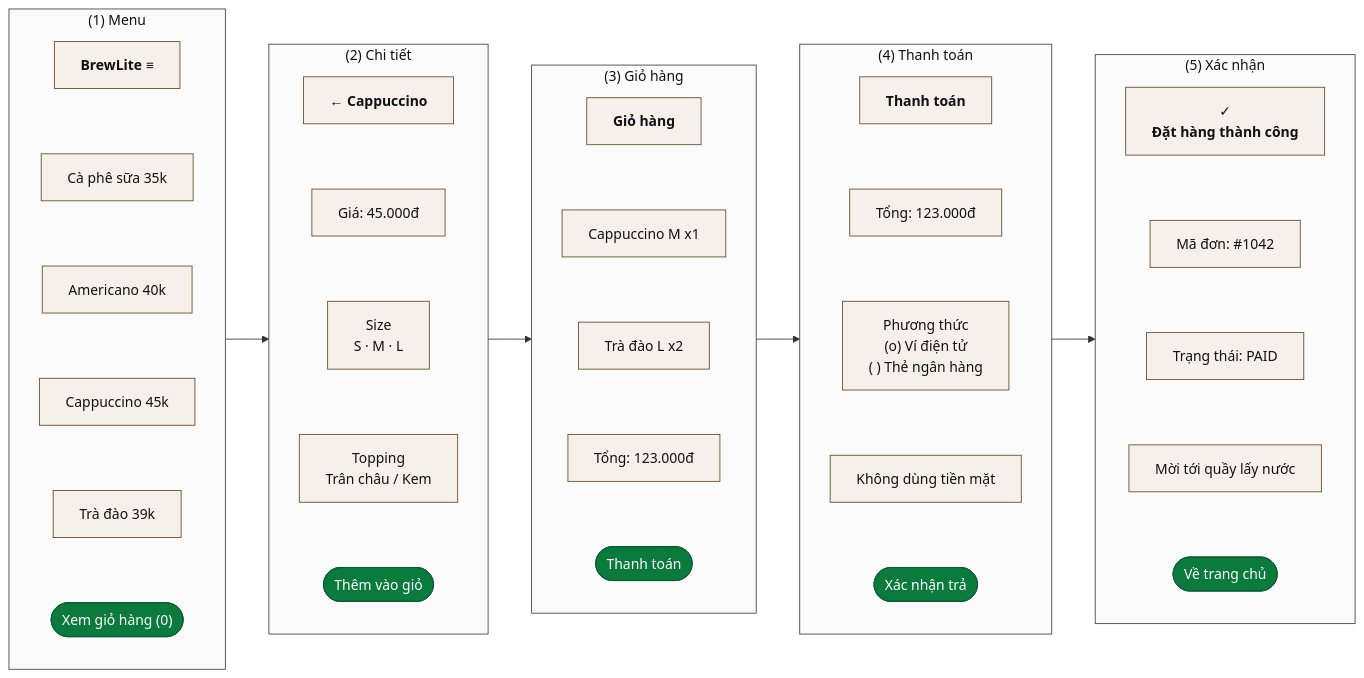
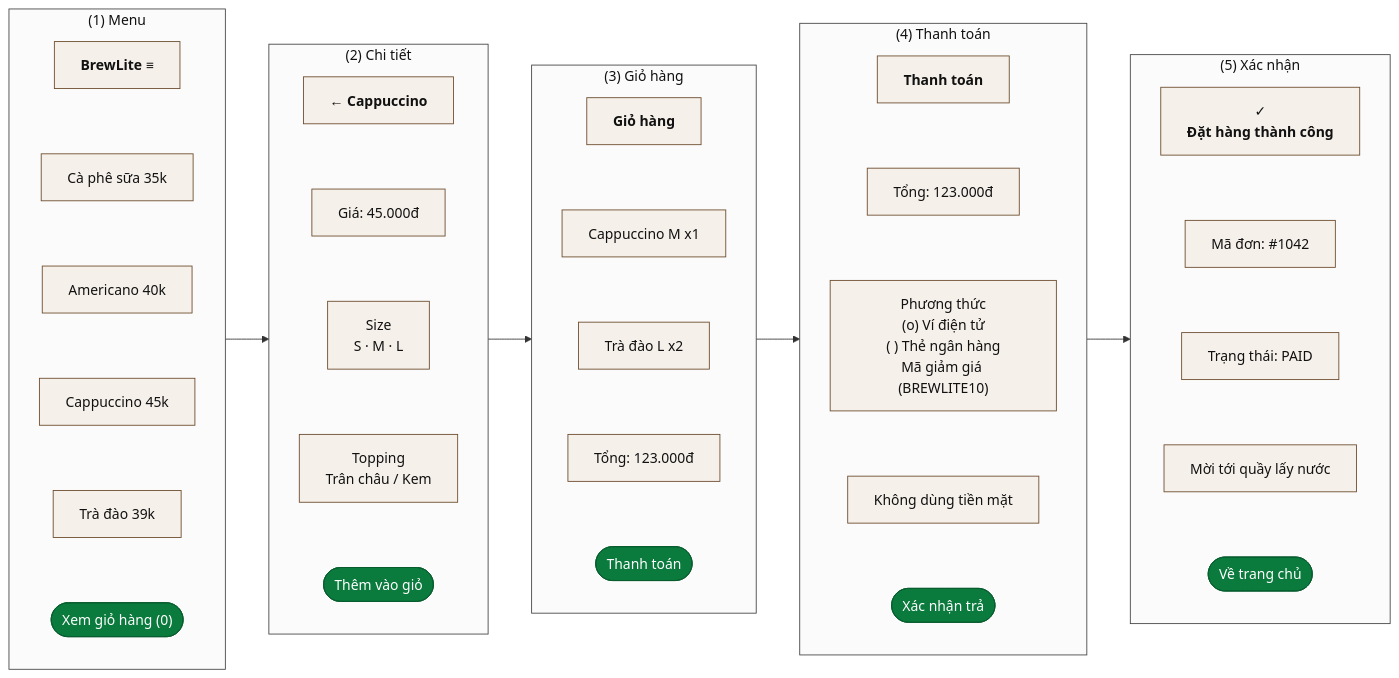
The fifth of 6 diagrams in docs/BrewLite-CongNghePhanMem-fixed.md (DuVinhLoi/BrewLite), drawn with Mermaid before and after one commit. The commit also changed 1 other file, not shown here.

Commit message:
docs: fill UC gaps register-detail-empty-delete-voucher

````diff
--- a/docs/BrewLite-CongNghePhanMem-fixed.md
+++ b/docs/BrewLite-CongNghePhanMem-fixed.md
@@ -234,31 +234,31 @@
 ```mermaid
 flowchart LR
     subgraph W1["(1) Menu"]
         direction TB
         a0["<b>BrewLite ≡</b>"] ~~~ a1["Cà phê sữa 35k"] ~~~ a2["Americano 40k"] ~~~ a3["Cappuccino 45k"] ~~~ a4["Trà đào 39k"] ~~~ a5(["Xem giỏ hàng (0)"])
     end
     subgraph W2["(2) Chi tiết"]
         direction TB
         b0["<b>← Cappuccino</b>"] ~~~ b1["Giá: 45.000đ"] ~~~ b2["Size<br>S · M · L"] ~~~ b3["Topping<br>Trân châu / Kem"] ~~~ b4(["Thêm vào giỏ"])
     end
     subgraph W3["(3) Giỏ hàng"]
         direction TB
         c0["<b>Giỏ hàng</b>"] ~~~ c1["Cappuccino M x1"] ~~~ c2["Trà đào L x2"] ~~~ c3["Tổng: 123.000đ"] ~~~ c4(["Thanh toán"])
     end
     subgraph W4["(4) Thanh toán"]
         direction TB
-        d0["<b>Thanh toán</b>"] ~~~ d1["Tổng: 123.000đ"] ~~~ d2["Phương thức<br>(o) Ví điện tử<br>( ) Thẻ ngân hàng"] ~~~ d3["Không dùng tiền mặt"] ~~~ d4(["Xác nhận trả"])
+        d0["<b>Thanh toán</b>"] ~~~ d1["Tổng: 123.000đ"] ~~~ d2["Phương thức<br>(o) Ví điện tử<br>( ) Thẻ ngân hàng<br>Mã giảm giá (BREWLITE10)"] ~~~ d3["Không dùng tiền mặt"] ~~~ d4(["Xác nhận trả"])
     end
     subgraph W5["(5) Xác nhận"]
         direction TB
         e0["✓<br><b>Đặt hàng thành công</b>"] ~~~ e1["Mã đơn: #35;1042"] ~~~ e2["Trạng thái: PAID"] ~~~ e3["Mời tới quầy lấy nước"] ~~~ e4(["Về trang chủ"])
     end
     W1 --> W2 --> W3 --> W4 --> W5
 
     classDef el fill:#f5f0ea,stroke:#6b4a2b,color:#111
     classDef btn fill:#0a7a3d,stroke:#075c2e,color:#fff
     classDef screen fill:#fbfbfb,stroke:#444,color:#111
     class a0,a1,a2,a3,a4,b0,b1,b2,b3,c0,c1,c2,c3,d0,d1,d2,d3,e0,e1,e2,e3 el
     class a5,b4,c4,d4,e4 btn
     class W1,W2,W3,W4,W5 screen
 ```
````
